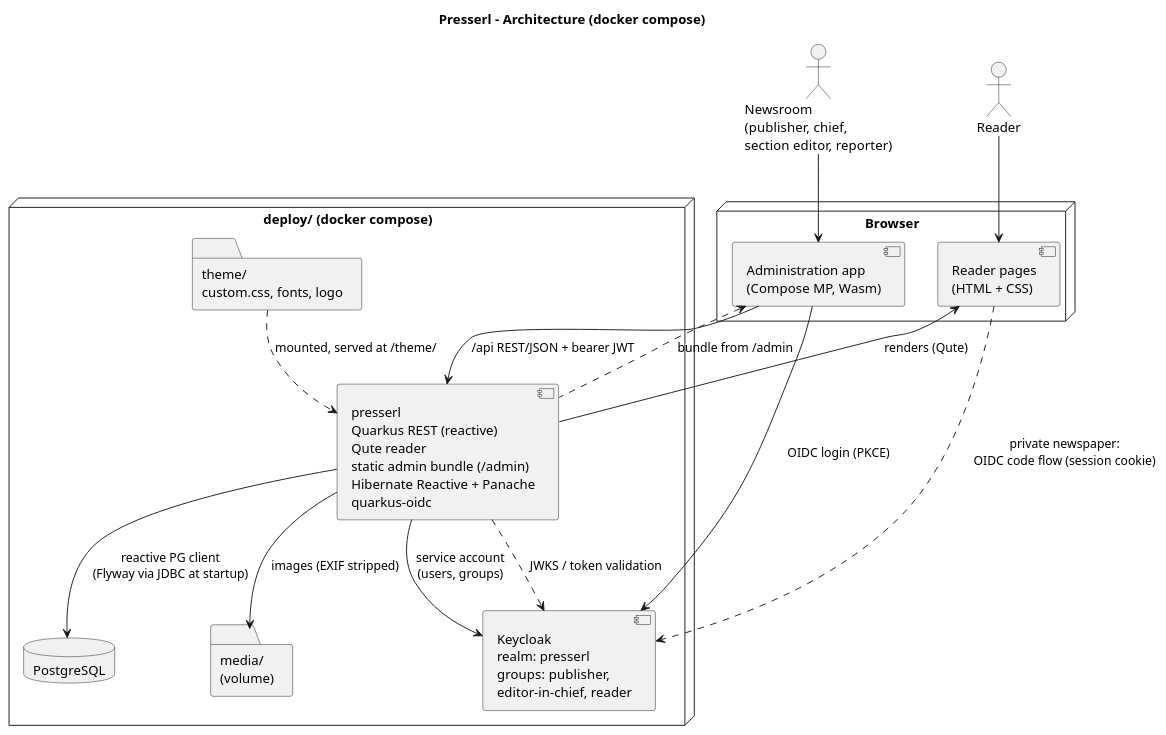
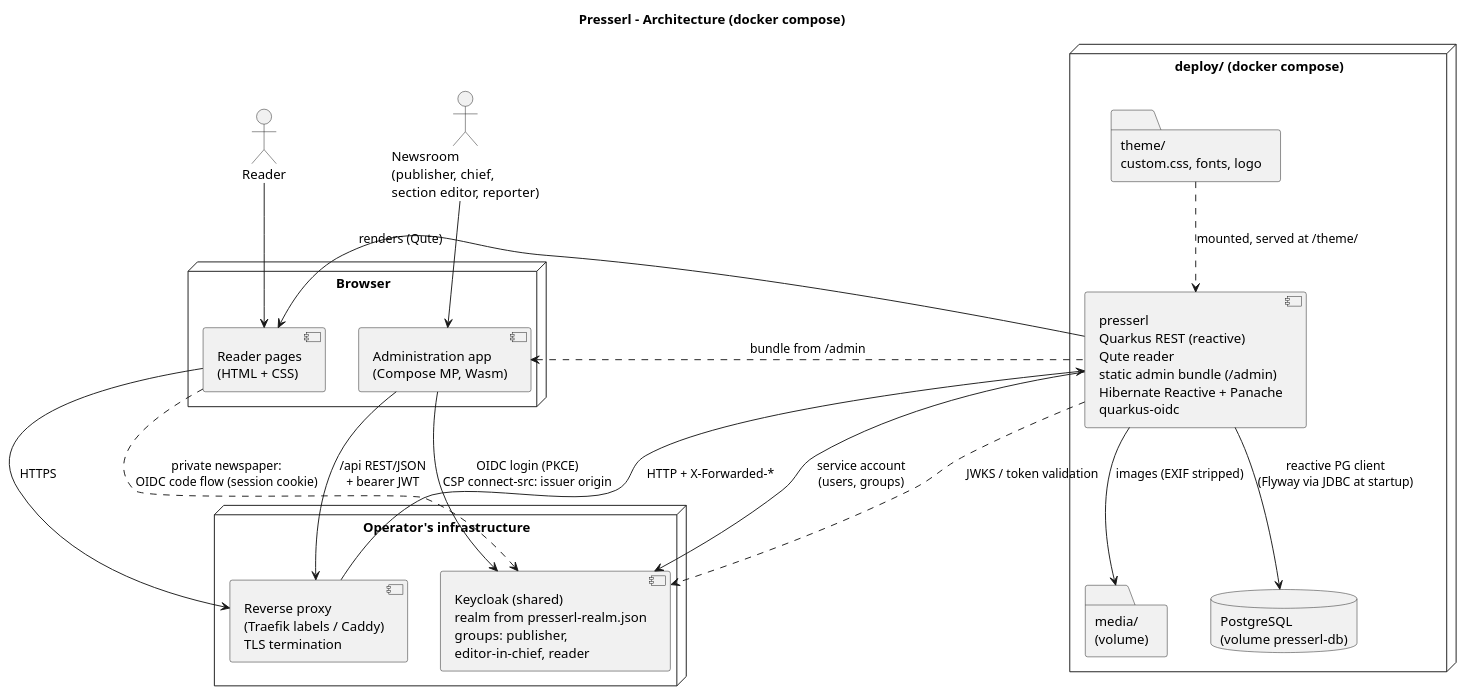
The diagram in docs/diagrams/architecture.puml (UnterrainerInformatik/presserl), drawn with PlantUML before and after one commit. The commit also changed 112 other files, not shown here.

```diff
--- a/docs/diagrams/architecture.puml
+++ b/docs/diagrams/architecture.puml
@@ -1,32 +1,37 @@
 @startuml architecture
 title Presserl – Architecture (docker compose)
 skinparam shadowing false
 skinparam defaultFontName Sans-Serif
 
 actor "Reader" as reader
 actor "Newsroom\n(publisher, chief,\nsection editor, reporter)" as newsroom
 node "Browser" {
   component "Reader pages\n(HTML + CSS)" as html
   component "Administration app\n(Compose MP, Wasm)" as admin
 }
+node "Operator's infrastructure" {
+  component "Reverse proxy\n(Traefik labels / Caddy)\nTLS termination" as proxy
+  component "Keycloak (shared)\nrealm from presserl-realm.json\ngroups: publisher,\neditor-in-chief, reader" as kc
+}
 node "deploy/ (docker compose)" {
   component "presserl\nQuarkus REST (reactive)\nQute reader\nstatic admin bundle (/admin)\nHibernate Reactive + Panache\nquarkus-oidc" as srv
   folder "theme/\ncustom.css, fonts, logo" as theme
-  component "Keycloak\nrealm: presserl\ngroups: publisher,\neditor-in-chief, reader" as kc
-  database "PostgreSQL" as db
+  database "PostgreSQL\n(volume presserl-db)" as db
   folder "media/\n(volume)" as media
 }
 
 reader --> html
 newsroom --> admin
+html --> proxy : HTTPS
+admin --> proxy : /api REST/JSON\n+ bearer JWT
+proxy --> srv : HTTP + X-Forwarded-*
 srv --> html : renders (Qute)
 admin <.. srv : bundle from /admin
 theme ..> srv : mounted, served at /theme/
 html ..> kc : private newspaper:\nOIDC code flow (session cookie)
-admin --> kc : OIDC login (PKCE)
-admin --> srv : /api REST/JSON + bearer JWT
+admin --> kc : OIDC login (PKCE)\nCSP connect-src: issuer origin
 srv --> kc : service account\n(users, groups)
 srv ..> kc : JWKS / token validation
 srv --> db : reactive PG client\n(Flyway via JDBC at startup)
 srv --> media : images (EXIF stripped)
 @enduml
```
